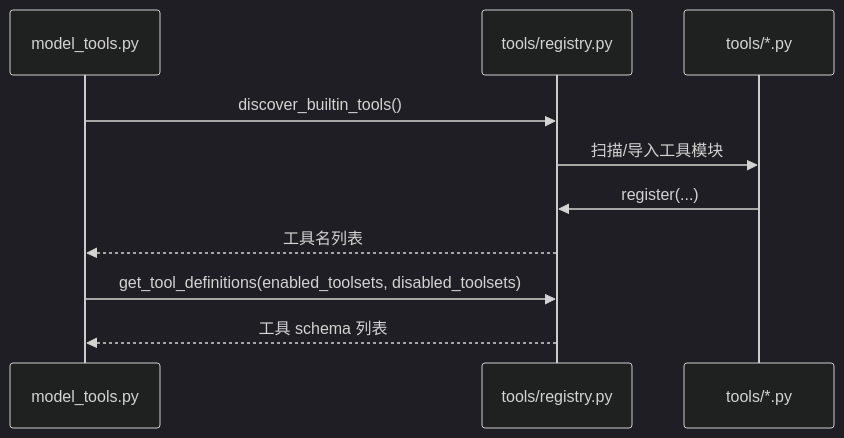
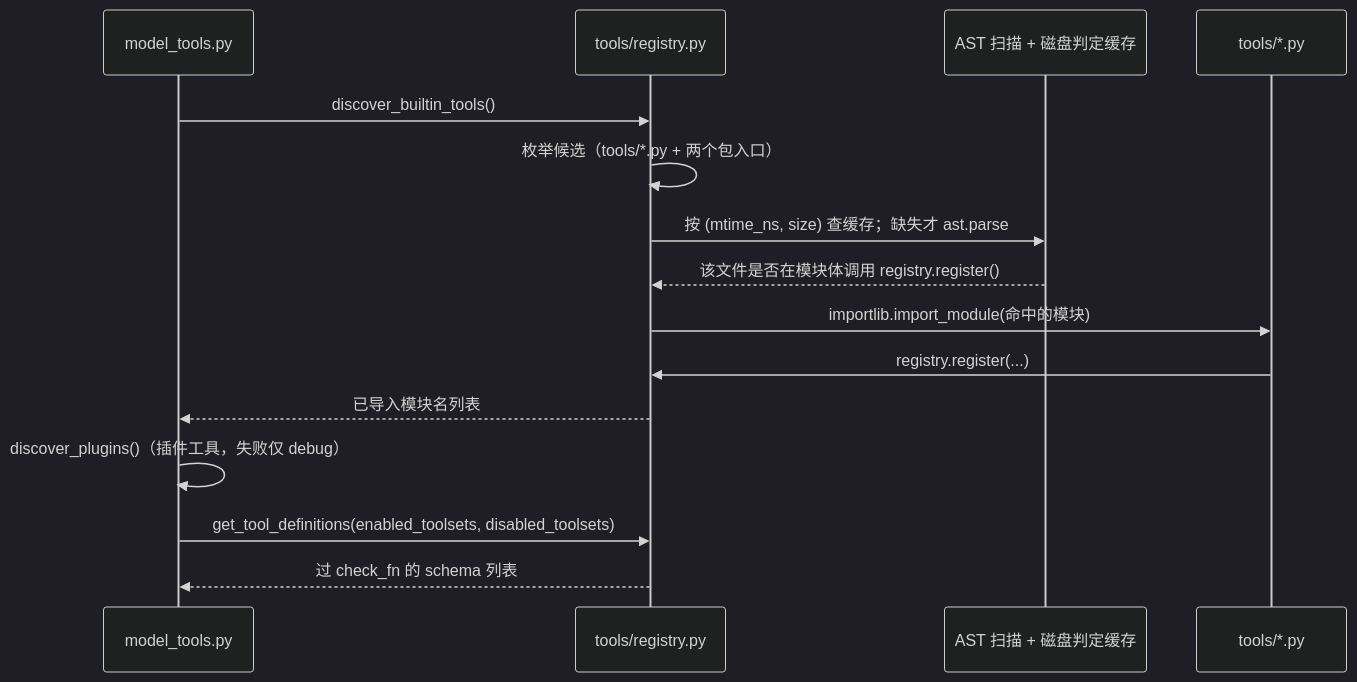
Before and after one commit to adrian9778/hermes-agent: the second of 2 diagrams in docs/sourceReader/06-工具系统与工具集.md, drawn with Mermaid (dark theme). The commit also changed other lines of this file and 22 other files, not shown here.

````diff
--- a/docs/sourceReader/06-工具系统与工具集.md
+++ b/docs/sourceReader/06-工具系统与工具集.md
@@ -101,13 +152,18 @@
 ```mermaid
 sequenceDiagram
     participant MT as model_tools.py
     participant REG as tools/registry.py
-    participant FS as tools/*.py
+    participant AST as AST 扫描 + 磁盘判定缓存
+    participant MOD as tools/*.py
 
     MT->>REG: discover_builtin_tools()
-    REG->>FS: 扫描/导入工具模块
-    FS->>REG: register(...)
-    REG-->>MT: 工具名列表
+    REG->>REG: 枚举候选（tools/*.py + 两个包入口）
+    REG->>AST: 按 (mtime_ns, size) 查缓存；缺失才 ast.parse
+    AST-->>REG: 该文件是否在模块体调用 registry.register()
+    REG->>MOD: importlib.import_module(命中的模块)
+    MOD->>REG: registry.register(...)
+    REG-->>MT: 已导入模块名列表
+    MT->>MT: discover_plugins()（插件工具，失败仅 debug）
     MT->>REG: get_tool_definitions(enabled_toolsets, disabled_toolsets)
-    REG-->>MT: 工具 schema 列表
+    REG-->>MT: 过 check_fn 的 schema 列表
 ```
````
